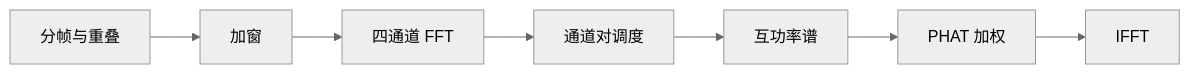
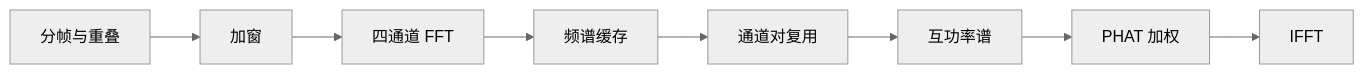
Before and after one commit to TophBeifong1744/Competition_fpga: the third of 6 diagrams in docs/engineering-flow.md, drawn with Mermaid (neutral theme). The commit also changed other lines of this file and 16 other files, not shown here.

````diff
--- a/docs/engineering-flow.md
+++ b/docs/engineering-flow.md
@@ -52,9 +56,10 @@
 ```mermaid
 flowchart LR
     FRAME[分帧与重叠] --> WIN[加窗]
     WIN --> FFT[四通道 FFT]
-    FFT --> PAIR[通道对调度]
+    FFT --> STORE[频谱缓存]
+    STORE --> PAIR[通道对复用]
     PAIR --> CPS[互功率谱]
     CPS --> PHAT[PHAT 加权]
     PHAT --> IFFT[IFFT]
 ```
````
